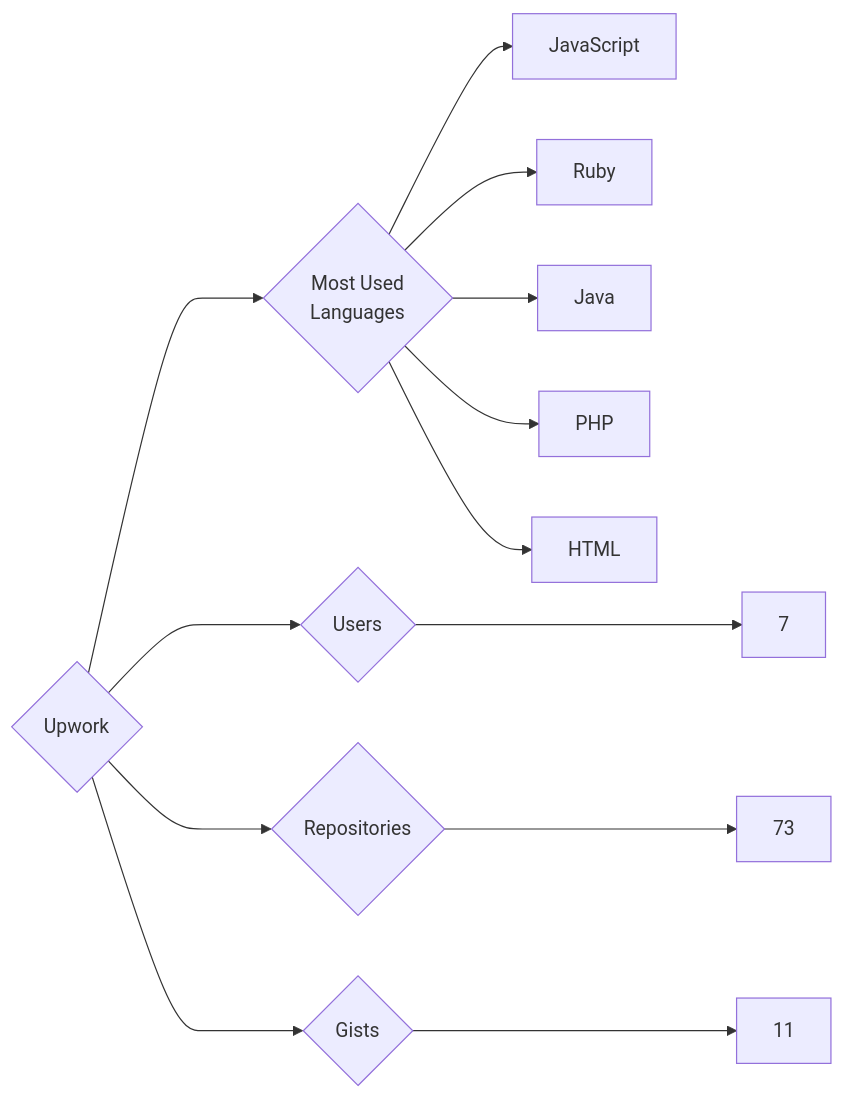
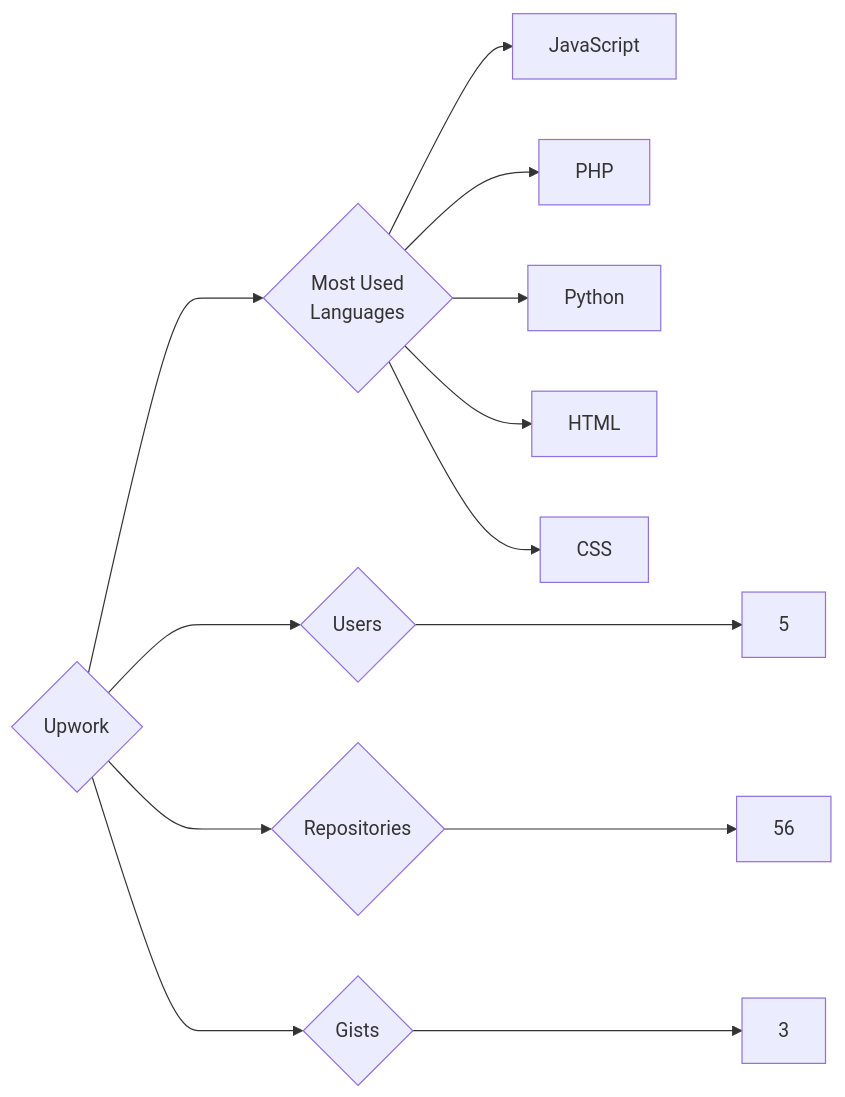
The diagram in targets/Upwork/README.md (trickest/insiders), drawn with Mermaid before and after one commit. The commit also changed 1496 other files, not shown here.

````diff
--- a/targets/Upwork/README.md
+++ b/targets/Upwork/README.md
@@ -3,13 +3,13 @@
 ```mermaid
 graph LR
 COMPANY_NAME{Upwork}
-COMPANY_NAME ---> U{Users} ---> UN[7]
-COMPANY_NAME ---> R{Repositories} ---> RN[73]
-COMPANY_NAME ---> G{Gists} ---> GN[11]
+COMPANY_NAME ---> U{Users} ---> UN[5]
+COMPANY_NAME ---> R{Repositories} ---> RN[56]
+COMPANY_NAME ---> G{Gists} ---> GN[3]
 COMPANY_NAME ---> ML{Most Used<br>Languages}
 ML --> JavaScript[JavaScript]
-ML --> Ruby[Ruby]
-ML --> Java[Java]
 ML --> PHP[PHP]
+ML --> Python[Python]
 ML --> HTML[HTML]
+ML --> CSS[CSS]
 ```
````
